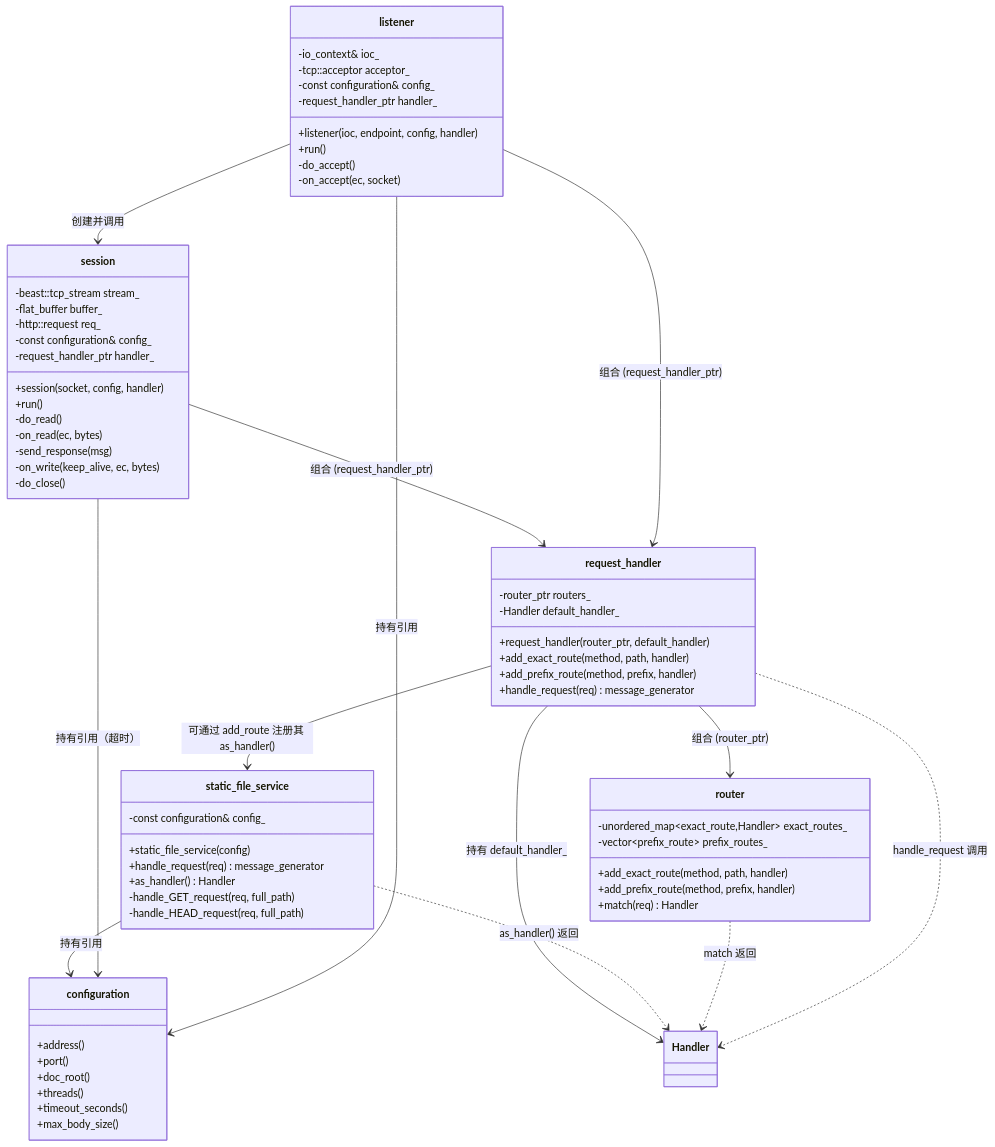
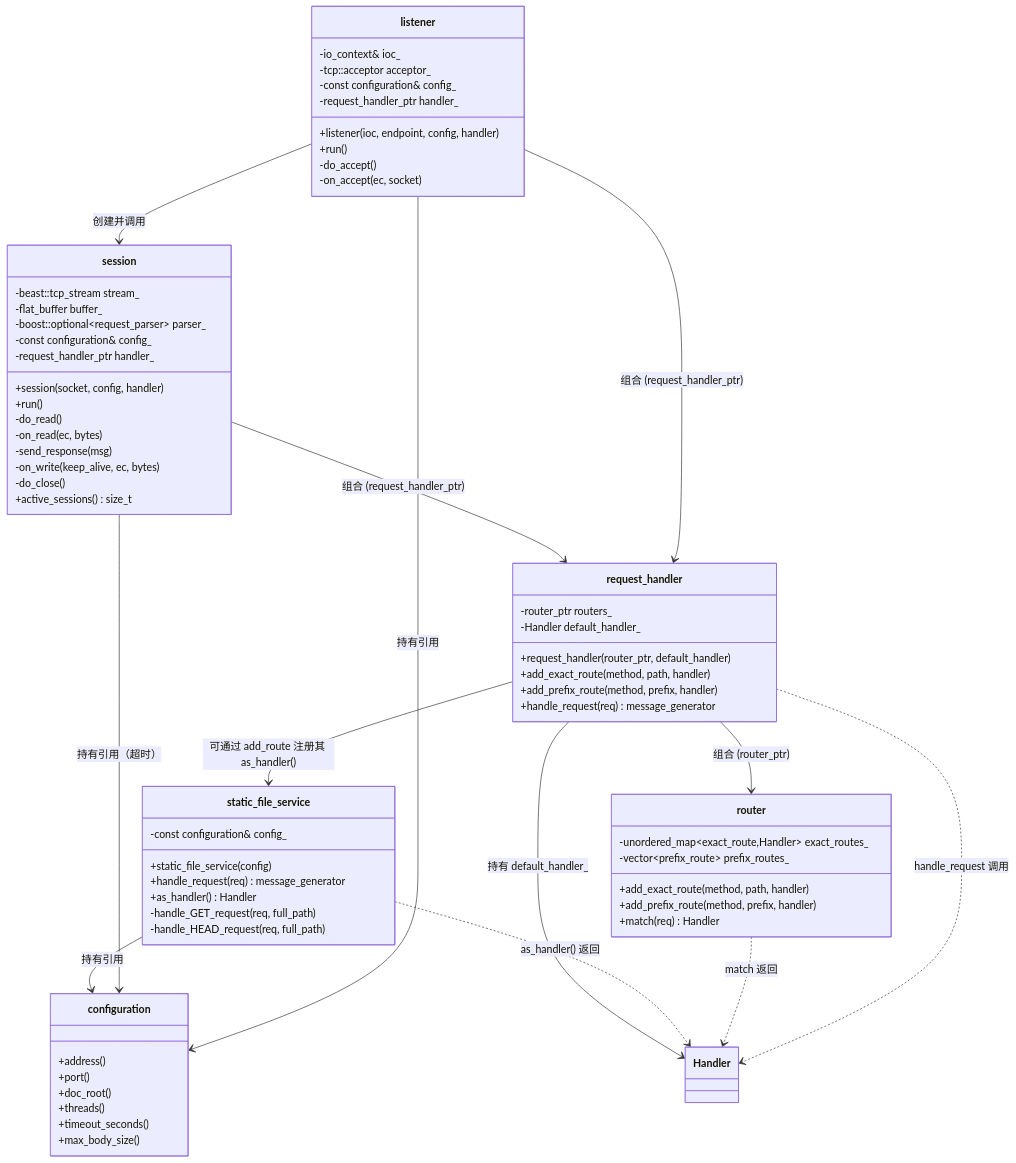
The second of 3 diagrams in README.md (iLogIng/http_server), drawn with Mermaid before and after one commit. The commit also changed other lines of this file and 5 other files, not shown here.

```diff
--- a/README.md
+++ b/README.md
@@ -149,7 +157,7 @@
     class session {
         -beast::tcp_stream stream_
         -flat_buffer buffer_
-        -http::request req_
+        -boost::optional~request_parser~ parser_
         -const configuration& config_
         -request_handler_ptr handler_
         +session(socket, config, handler)
@@ -159,6 +167,7 @@
         -send_response(msg)
         -on_write(keep_alive, ec, bytes)
         -do_close()
+        +active_sessions() size_t
     }
 
     class listener {
```
